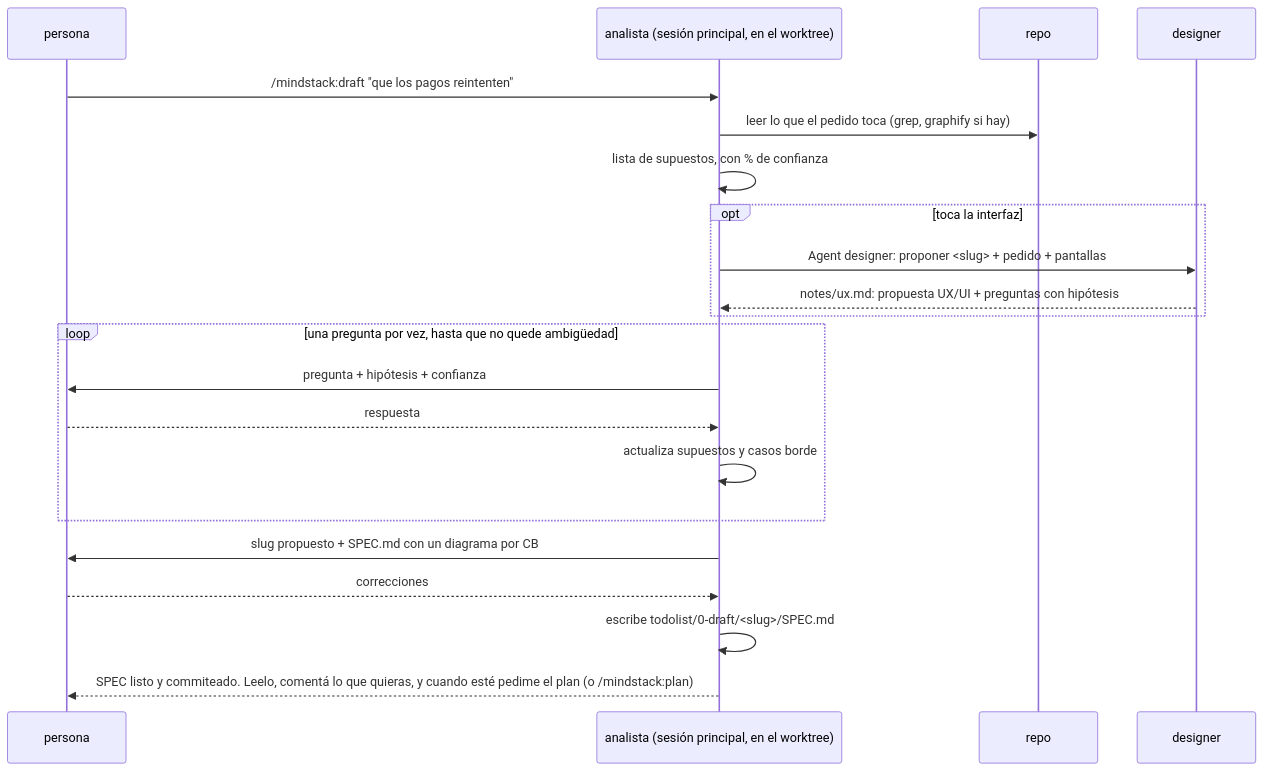
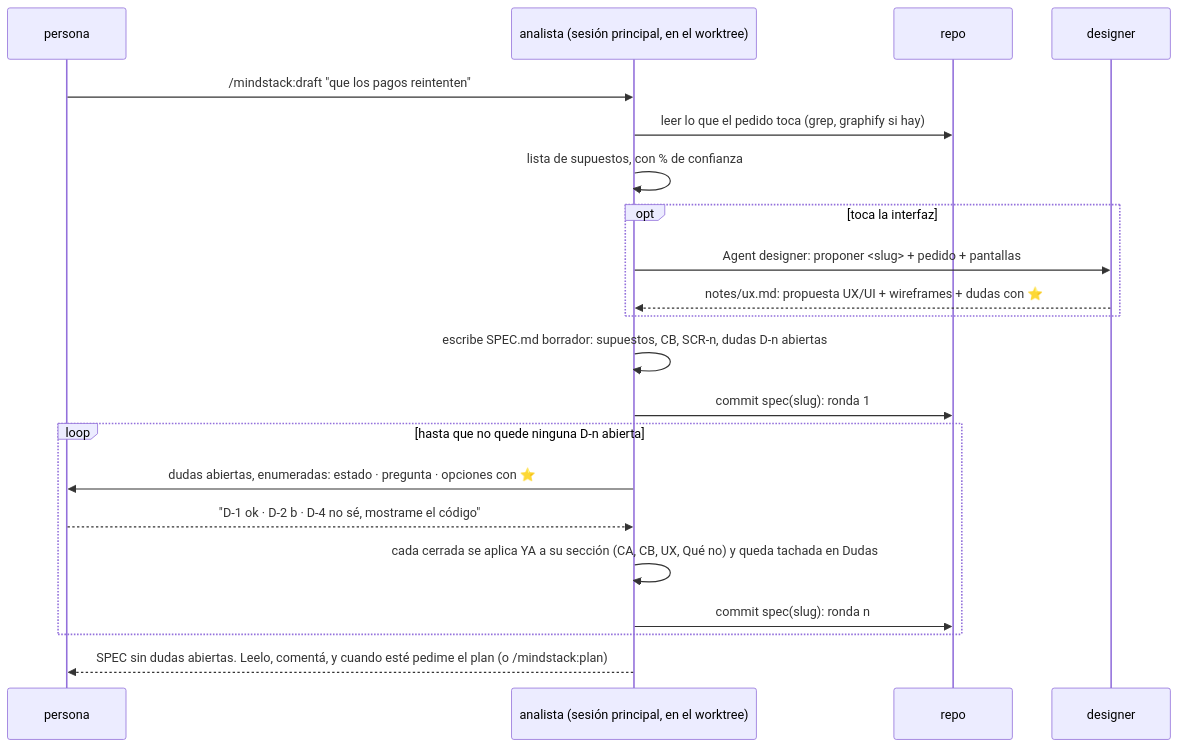
The first of 2 diagrams in skills/workflow/references/analyze.md (octavio-parozlabs/mindstack), drawn with Mermaid before and after one commit. The commit also changed other lines of this file and 5 other files, not shown here.

Commit message:
feat: actualizar documentación sobre el manejo de dudas y decisiones en el SPEC

````diff
--- a/skills/workflow/references/analyze.md
+++ b/skills/workflow/references/analyze.md
@@ -5,23 +5,23 @@
 ```mermaid
 sequenceDiagram
     participant P as persona
     participant A as analista (sesión principal, en el worktree)
     participant R as repo
     participant D as designer
     P->>A: /mindstack:draft "que los pagos reintenten"
     A->>R: leer lo que el pedido toca (grep, graphify si hay)
     A->>A: lista de supuestos, con % de confianza
     opt toca la interfaz
         A->>D: Agent designer: proponer <slug> + pedido + pantallas
-        D-->>A: notes/ux.md: propuesta UX/UI + preguntas con hipótesis
+        D-->>A: notes/ux.md: propuesta UX/UI + wireframes + dudas con ⭐
     end
-    loop una pregunta por vez, hasta que no quede ambigüedad
-        A->>P: pregunta + hipótesis + confianza
-        P-->>A: respuesta
-        A->>A: actualiza supuestos y casos borde
+    A->>A: escribe SPEC.md borrador: supuestos, CB, SCR-n, dudas D-n abiertas
+    A->>R: commit spec(slug): ronda 1
+    loop hasta que no quede ninguna D-n abierta
+        A->>P: dudas abiertas, enumeradas: estado · pregunta · opciones con ⭐
+        P-->>A: "D-1 ok · D-2 b · D-4 no sé, mostrame el código"
+        A->>A: cada cerrada se aplica YA a su sección (CA, CB, UX, Qué no) y queda tachada en Dudas
+        A->>R: commit spec(slug): ronda n
     end
-    A->>P: slug propuesto + SPEC.md con un diagrama por CB
-    P-->>A: correcciones
-    A->>A: escribe todolist/0-draft/<slug>/SPEC.md
-    A-->>P: SPEC listo y commiteado. Leelo, comentá lo que quieras, y cuando esté pedime el plan (o /mindstack:plan)
+    A-->>P: SPEC sin dudas abiertas. Leelo, comentá, y cuando esté pedime el plan (o /mindstack:plan)
 ```
````
